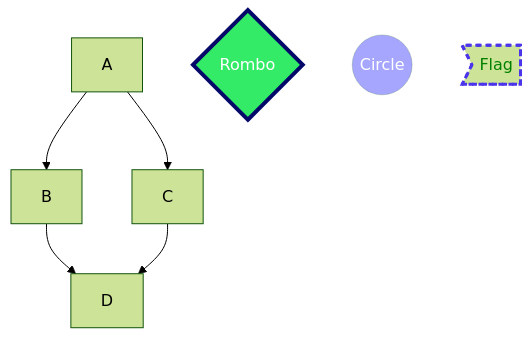
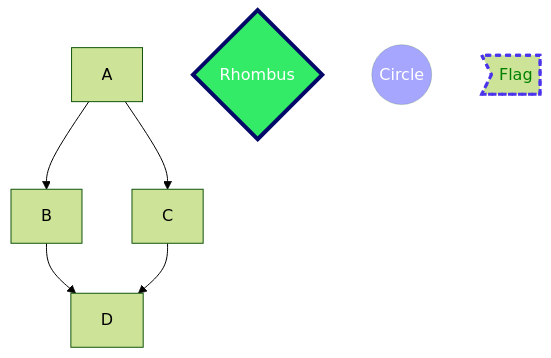
One commit to danielurra/mermaid changed the diagram in README.md. Above: the diagram before and after it, drawn with Mermaid (forest theme).

````diff
--- a/README.md
+++ b/README.md
@@ -8,15 +8,15 @@
 ```mermaid
   graph TD;
       A-->B;
       A-->C;
       B-->D;
       C-->D;
-      st{Rombo};
+      st{Rhombus};
       good((Circle));
       en>Flag];
       style st fill:#34eb67,color:#FFFFFF,stroke:#040969,stroke-width:4px;
       style good fill:blue,fill-opacity:0.35,color:#FFFFFF,stroke-opacity:0.2;
-      style en stroke:#4c34eb,stroke-width:3px,color:#008000,stroke-dasharray: 5 5;
+      style en color:#008000,stroke:#4c34eb,stroke-width:3px,stroke-dasharray: 5 5;
       
       
 ```
````
